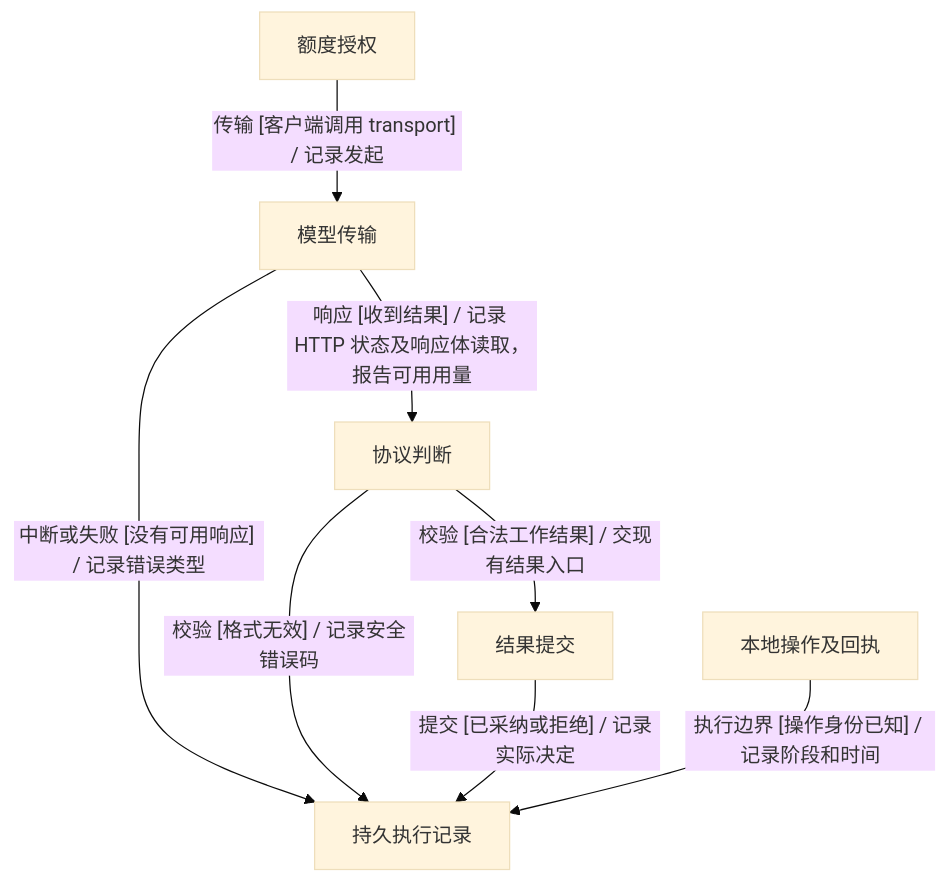
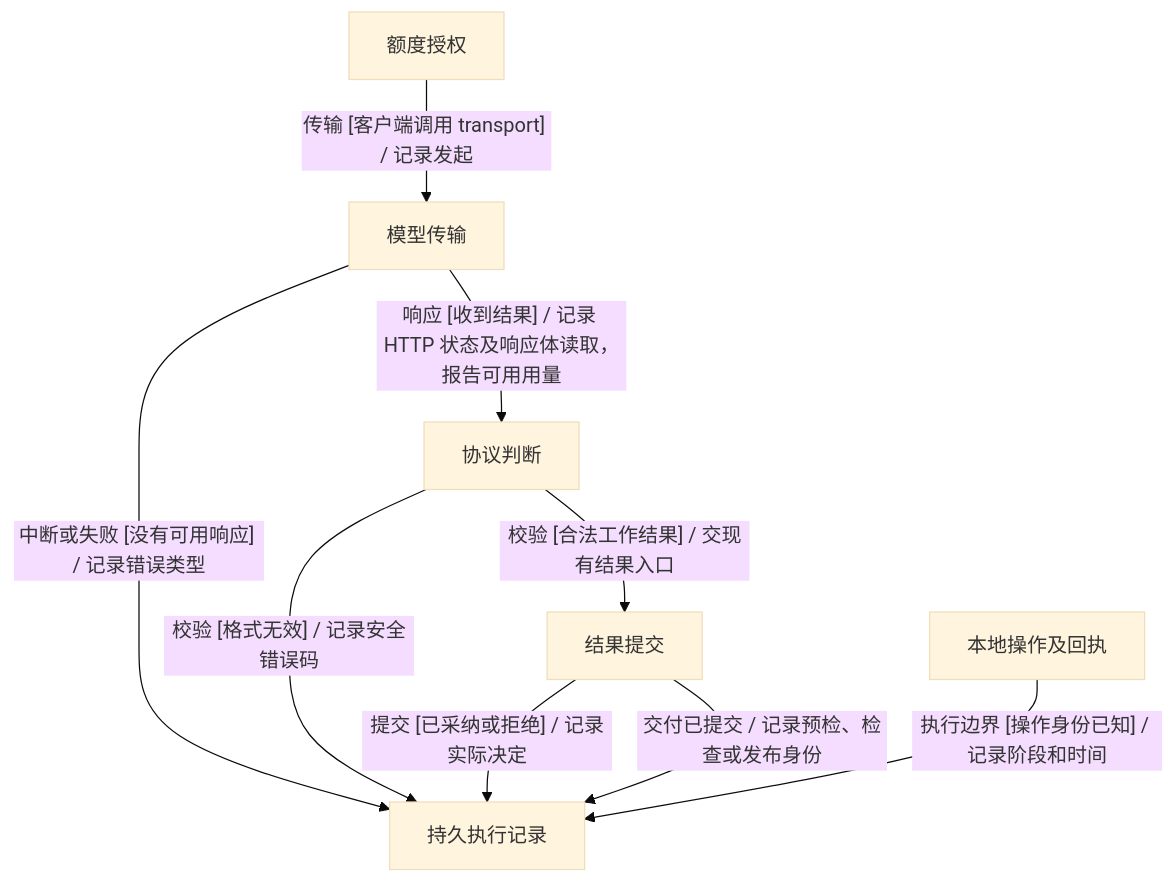
Before and after one commit to kejun/squad: diagram 43 of 43 in docs/state-diagrams.md, drawn with Mermaid (base theme). The commit also changed other lines of this file and 2 other files, not shown here.

````diff
--- a/docs/state-diagrams.md
+++ b/docs/state-diagrams.md
@@ -1058,10 +1058,11 @@
 ```mermaid
 flowchart TD
     A["额度授权"] -->|"传输 [客户端调用 transport] / 记录发起"| B["模型传输"]
     B -->|"响应 [收到结果] / 记录 HTTP 状态及响应体读取，报告可用用量"| C["协议判断"]
     B -->|"中断或失败 [没有可用响应] / 记录错误类型"| F["持久执行记录"]
     C -->|"校验 [合法工作结果] / 交现有结果入口"| D["结果提交"]
     C -->|"校验 [格式无效] / 记录安全错误码"| F
     D -->|"提交 [已采纳或拒绝] / 记录实际决定"| F
+    D -->|"交付已提交 / 记录预检、检查或发布身份"| F
     E["本地操作及回执"] -->|"执行边界 [操作身份已知] / 记录阶段和时间"| F
 ```
````
